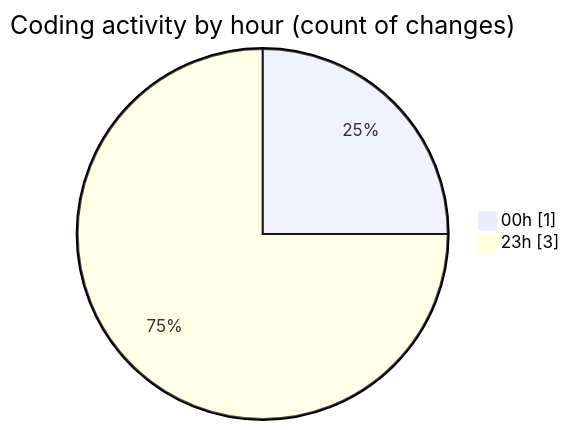
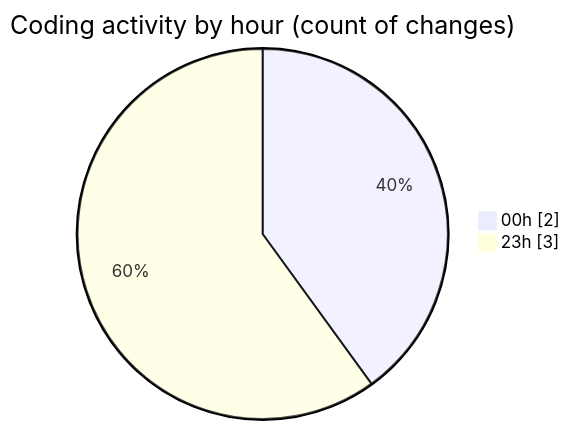
The second of 2 diagrams in 2025-07-11/_config/README.md (EIIisD/code-tracking), drawn with Mermaid before and after one commit. The commit also changed other lines of this file and 1 other file, not shown here.

````diff
--- a/2025-07-11/_config/README.md
+++ b/2025-07-11/_config/README.md
@@ -28,6 +28,6 @@
 ```mermaid
 pie showData
 title Coding activity by hour (count of changes)
-"00h" : 1
+"00h" : 2
 "23h" : 3
 ```
````
